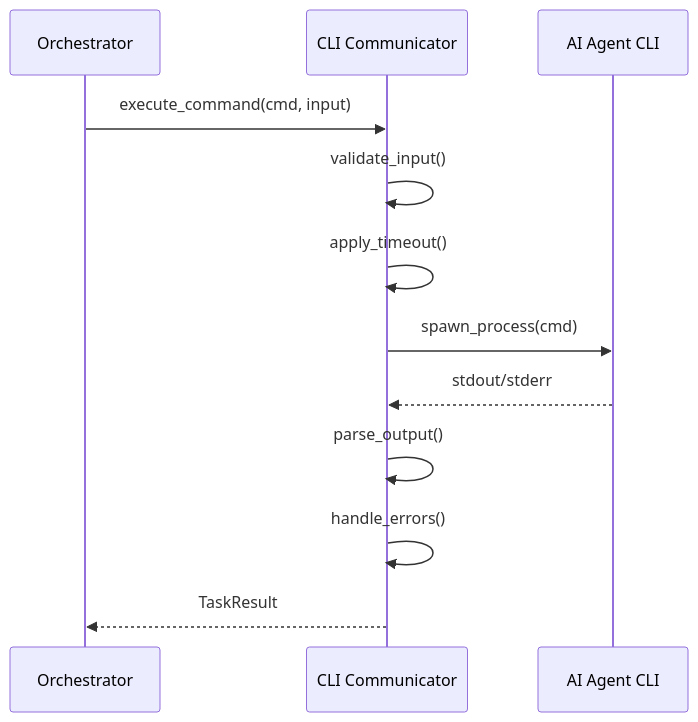
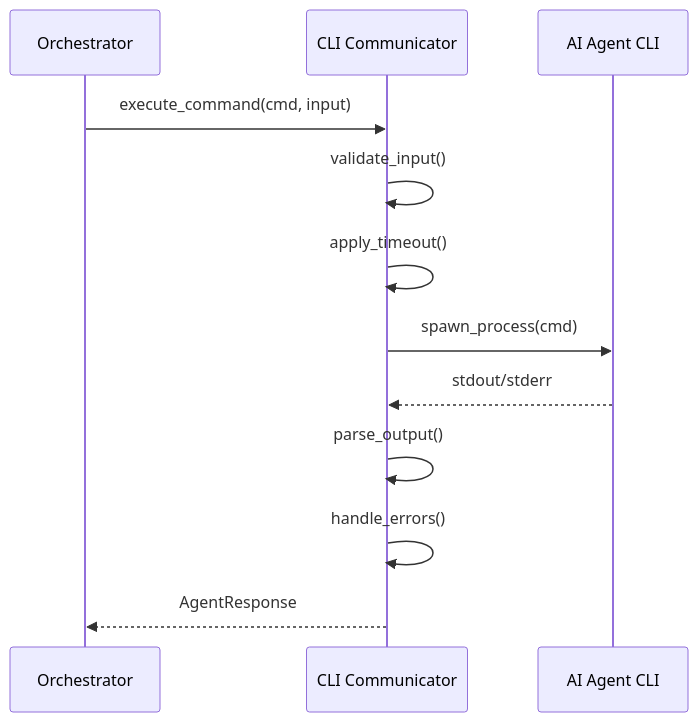
Before and after one commit to 2430468136/AI-Orchestrator-Agents: the fifth of 13 diagrams in ARCHITECTURE.md, drawn with Mermaid. The commit also changed other lines of this file and 32 other files, not shown here.

````diff
--- a/ARCHITECTURE.md
+++ b/ARCHITECTURE.md
@@ -236,15 +284,15 @@
 ```mermaid
 sequenceDiagram
     participant O as Orchestrator
     participant C as CLI Communicator
     participant A as AI Agent CLI
 
     O->>C: execute_command(cmd, input)
     C->>C: validate_input()
     C->>C: apply_timeout()
     C->>A: spawn_process(cmd)
     A-->>C: stdout/stderr
     C->>C: parse_output()
     C->>C: handle_errors()
-    C-->>O: TaskResult
+    C-->>O: AgentResponse
 ```
````
